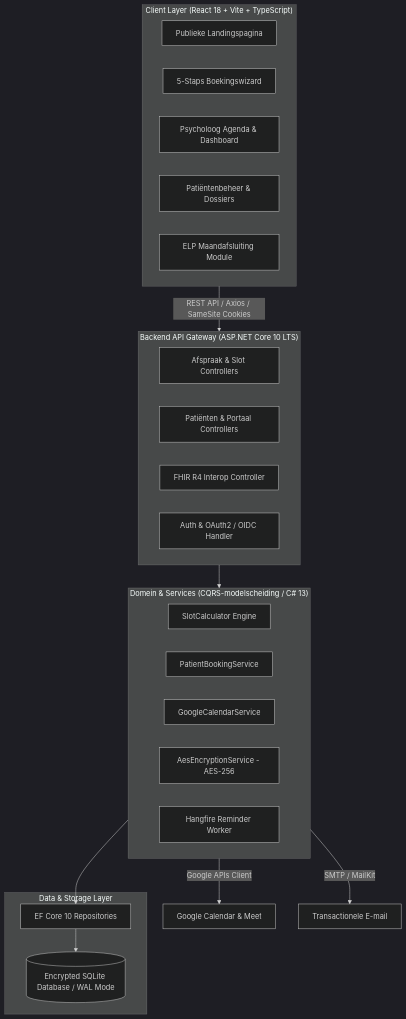
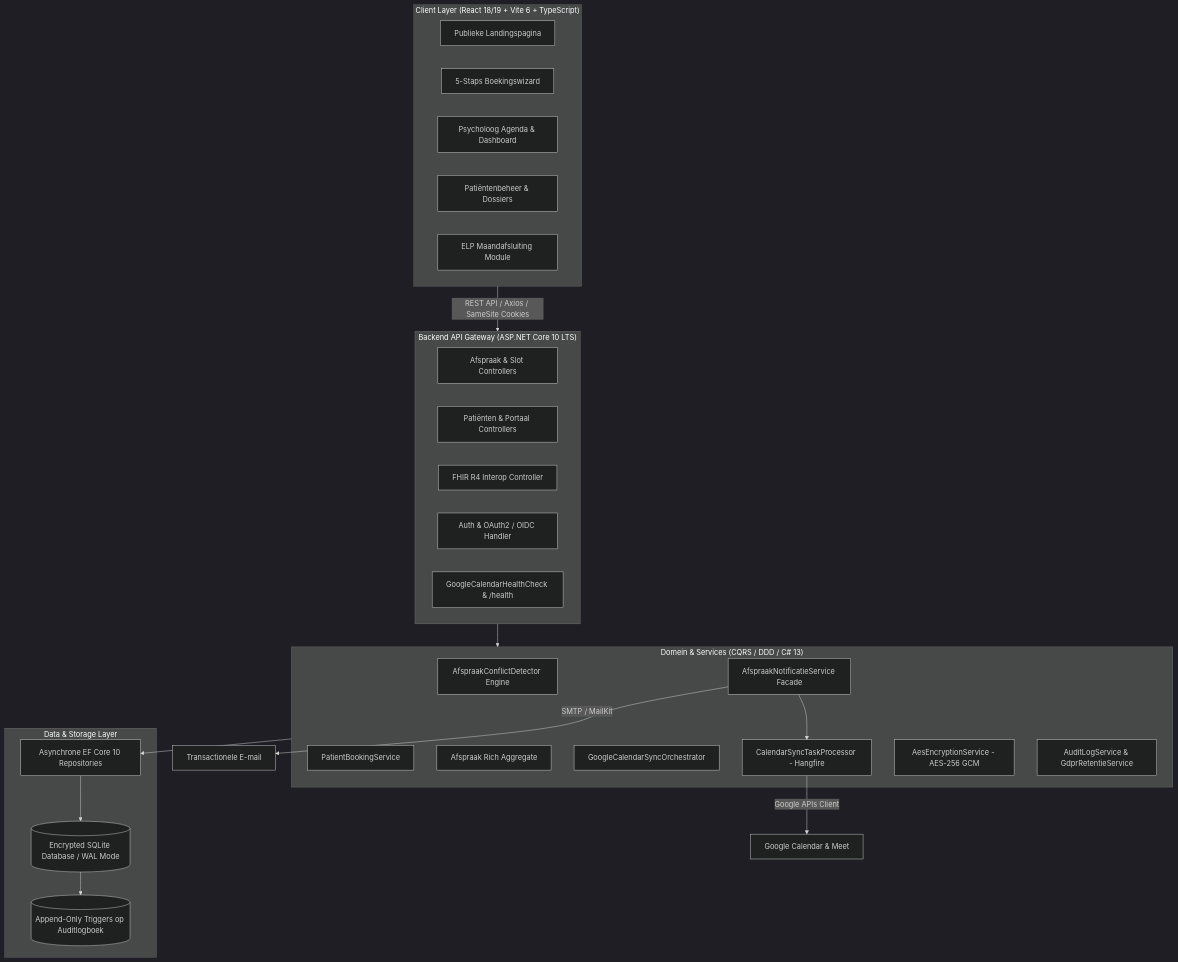
The diagram in README.md (GregoryButs/de-verstandhouding-showcase), drawn with Mermaid (dark theme) before and after one commit. The commit also changed other lines of this file and 3 other files, not shown here.

````diff
--- a/README.md
+++ b/README.md
@@ -27,37 +27,44 @@
 ```mermaid
 graph TD
-    subgraph ClientApp ["Client Layer (React 18 + Vite + TypeScript)"]
+    subgraph ClientApp ["Client Layer (React 18/19 + Vite 6 + TypeScript)"]
         LP[Publieke Landingspagina]
         BW[5-Staps Boekingswizard]
         PD[Psycholoog Agenda & Dashboard]
         PT[Patiëntenbeheer & Dossiers]
         ELP[ELP Maandafsluiting Module]
     end
 
     subgraph API ["Backend API Gateway (ASP.NET Core 10 LTS)"]
         AC[Afspraak & Slot Controllers]
         PC[Patiënten & Portaal Controllers]
         FC[FHIR R4 Interop Controller]
         AuthC[Auth & OAuth2 / OIDC Handler]
+        HC[GoogleCalendarHealthCheck & /health]
     end
 
-    subgraph Domain ["Domein & Services (CQRS-modelscheiding / C# 13)"]
-        SC[SlotCalculator Engine]
+    subgraph Domain ["Domein & Services (CQRS / DDD / C# 13)"]
+        CD[AfspraakConflictDetector Engine]
         PBS[PatientBookingService]
-        GCS[GoogleCalendarService]
-        AES[AesEncryptionService - AES-256]
-        RBG[Hangfire Reminder Worker]
+        AGG[Afspraak Rich Aggregate]
+        NOTIF[AfspraakNotificatieService Facade]
+        GCS[GoogleCalendarSyncOrchestrator]
+        QUEUE[CalendarSyncTaskProcessor - Hangfire]
+        AES[AesEncryptionService - AES-256 GCM]
+        AUDIT[AuditLogService & GdprRetentieService]
     end
 
     subgraph Data ["Data & Storage Layer"]
-        EF[EF Core 10 Repositories]
+        EF[Asynchrone EF Core 10 Repositories]
         DB[(Encrypted SQLite Database / WAL Mode)]
+        TRIG[(Append-Only Triggers op Auditlogboek)]
     end
 
     ClientApp -->|REST API / Axios / SameSite Cookies| API
     API --> Domain
     Domain --> EF
     EF --> DB
-    Domain -->|Google APIs Client| Ext1[Google Calendar & Meet]
-    Domain -->|SMTP / MailKit| Ext2[Transactionele E-mail]
+    DB --> TRIG
+    NOTIF --> QUEUE
+    QUEUE -->|Google APIs Client| Ext1[Google Calendar & Meet]
+    NOTIF -->|SMTP / MailKit| Mail[Transactionele E-mail]
 ```
````
